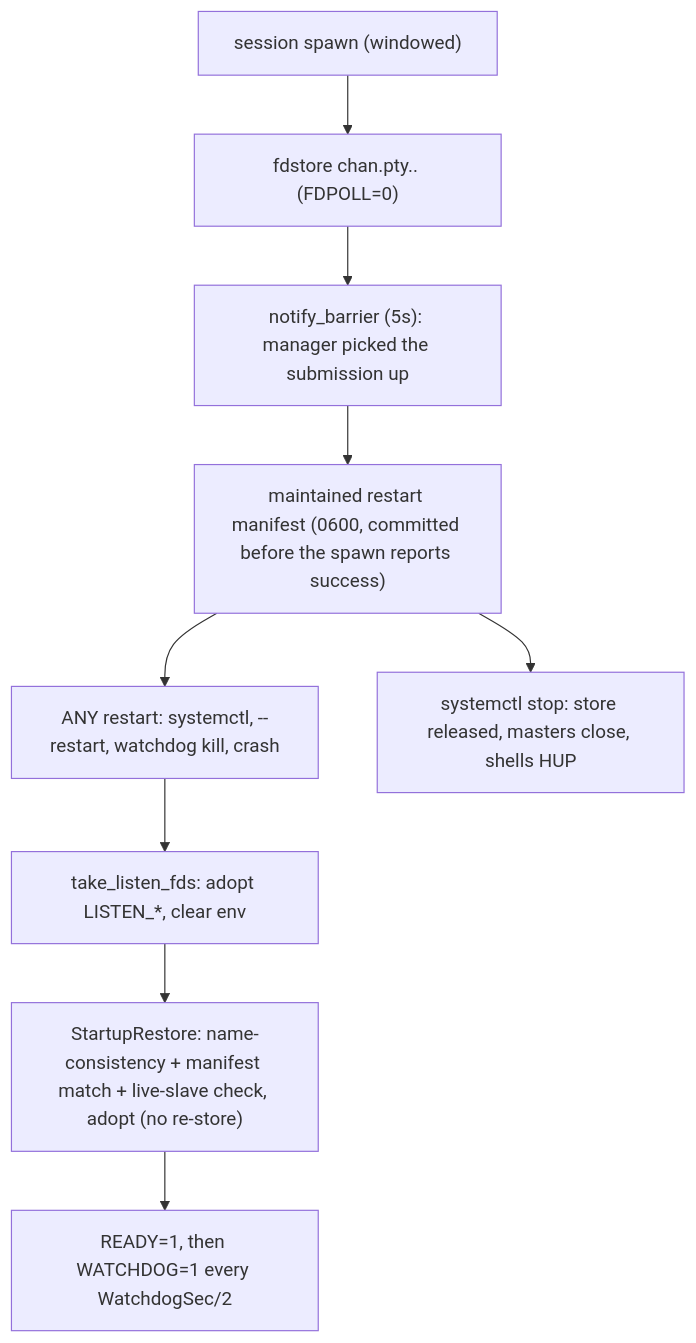
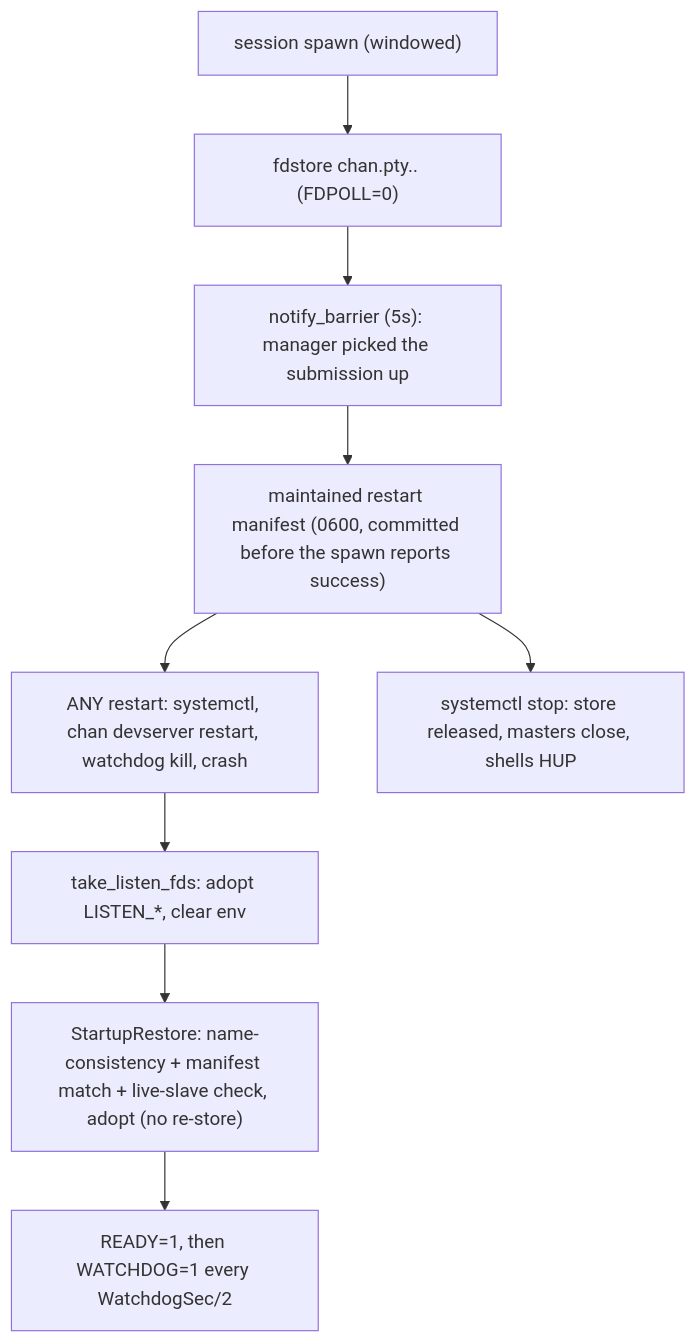
Before and after one commit to fiorix/chan: the diagram in crates/chan-systemd/design.md, drawn with Mermaid. The commit also changed other lines of this file and 3 other files, not shown here.

First line of the commit message:
fix(chan): name valid devserver management commands

````diff
--- a/crates/chan-systemd/design.md
+++ b/crates/chan-systemd/design.md
@@ -16,11 +16,11 @@
 ```mermaid
 flowchart TB
   Spawn["session spawn (windowed)"] --> Up["fdstore chan.pty.<session>.<pid> (FDPOLL=0)"]
   Up --> Bar["notify_barrier (5s): manager picked the submission up"]
   Bar --> Man["maintained restart manifest (0600, committed before the spawn reports success)"]
-  Man --> AnyRestart["ANY restart: systemctl, --restart, watchdog kill, crash"]
+  Man --> AnyRestart["ANY restart: systemctl, chan devserver restart, watchdog kill, crash"]
   AnyRestart --> Take["take_listen_fds: adopt LISTEN_*, clear env"]
   Take --> Restore["StartupRestore: name-consistency + manifest match + live-slave check, adopt (no re-store)"]
   Restore --> Serve["READY=1, then WATCHDOG=1 every WatchdogSec/2"]
   Man --> Stop["systemctl stop: store released, masters close, shells HUP"]
 ```
````
